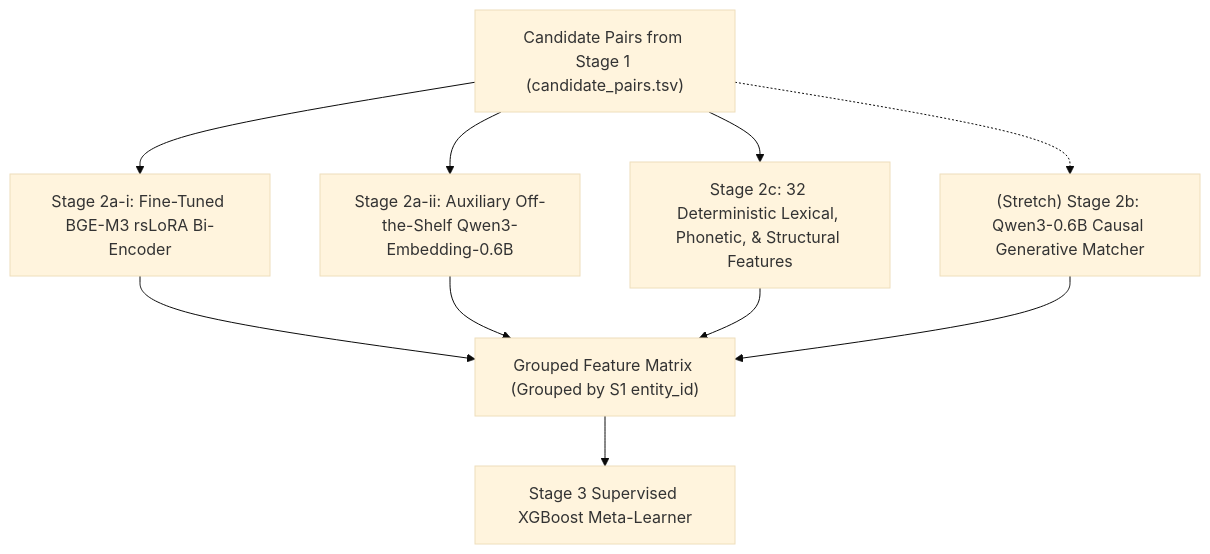
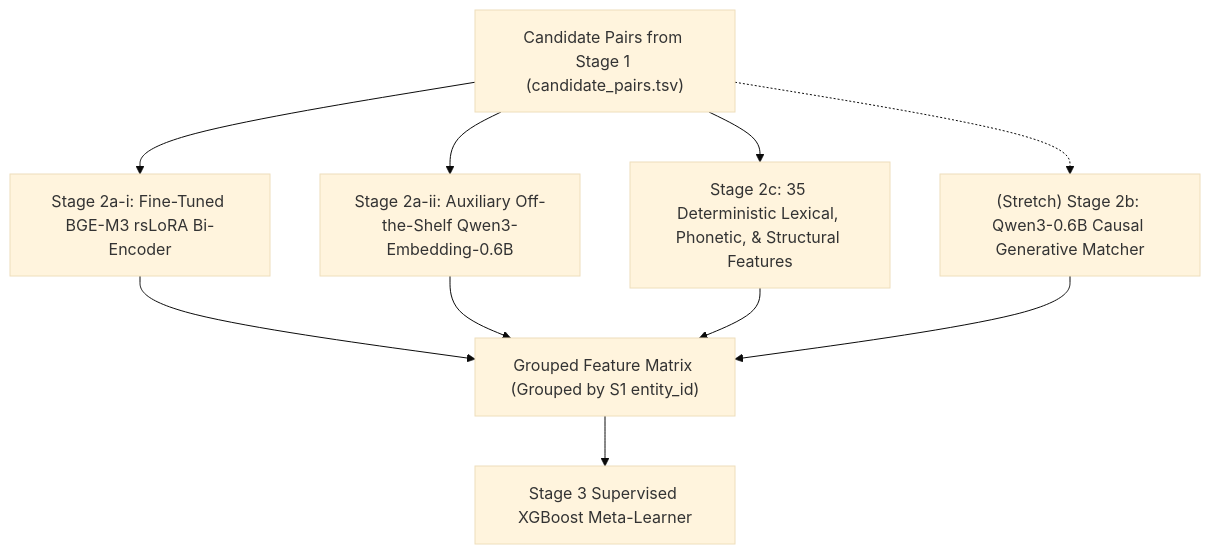
One commit to priyanshu-ogdev/AmazonMLChallenge2026 changed the diagram in docs/05_stage2_features_and_embeddings.md. Above: the diagram before and after it, drawn with Mermaid (base theme). The commit also changed other lines of this file and 11 other files, not shown here.

Commit message:
docs: synchronize all architecture, stage specifications, and CLI references with verified codebase

````diff
--- a/docs/05_stage2_features_and_embeddings.md
+++ b/docs/05_stage2_features_and_embeddings.md
@@ -17,13 +17,13 @@
 ```mermaid
 flowchart TD
     CP["Candidate Pairs from Stage 1 (candidate_pairs.tsv)"] --> S2ai["Stage 2a-i: Fine-Tuned BGE-M3 rsLoRA Bi-Encoder"]
     CP --> S2aii["Stage 2a-ii: Auxiliary Off-the-Shelf Qwen3-Embedding-0.6B"]
-    CP --> S2c["Stage 2c: 32 Deterministic Lexical, Phonetic, & Structural Features"]
+    CP --> S2c["Stage 2c: 35 Deterministic Lexical, Phonetic, & Structural Features"]
     CP -.-> S2b["(Stretch) Stage 2b: Qwen3-0.6B Causal Generative Matcher"]
     
     S2ai --> M["Grouped Feature Matrix (Grouped by S1 entity_id)"]
     S2aii --> M
     S2c --> M
     S2b --> M
     M --> S3["Stage 3 Supervised XGBoost Meta-Learner"]
 ```
````
